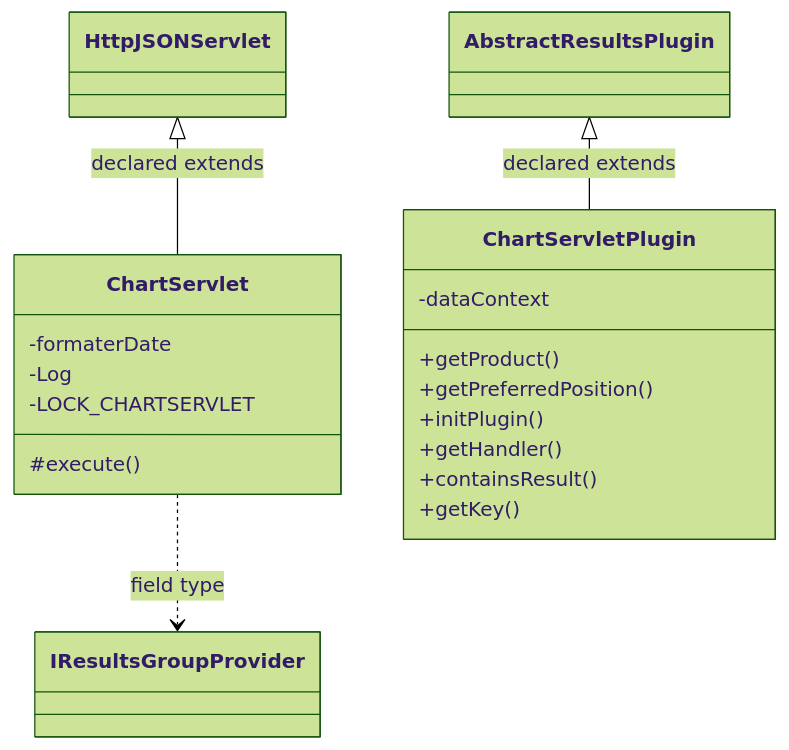
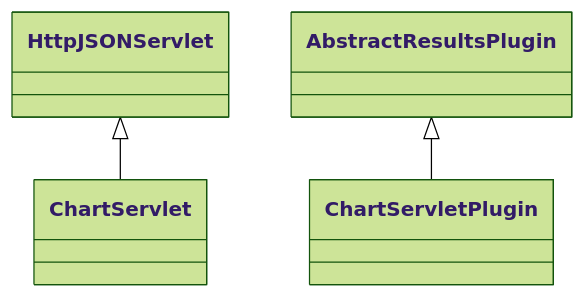
One commit to haruperi/HaruQuantAI changed the diagram in docs/sqx/Results/ResultsChart.md. Above: the diagram before and after it, drawn with Mermaid (forest theme). The commit also changed other lines of this file and 1688 other files, not shown here.

````diff
--- a/docs/sqx/Results/ResultsChart.md
+++ b/docs/sqx/Results/ResultsChart.md
@@ -30,24 +26,9 @@
 ```mermaid
 classDiagram
-    class C9bf0af3529b5["ChartServlet"] {
-        -formaterDate
-        -Log
-        -LOCK_CHARTSERVLET
-        #execute()
-    }
-    class C136364a48a91["ChartServletPlugin"] {
-        -dataContext
-        +getProduct()
-        +getPreferredPosition()
-        +initPlugin()
-        +getHandler()
-        +containsResult()
-        +getKey()
-    }
-    class C180e0c3f58c3["AbstractResultsPlugin"]
-    class C9ceba9ba4bac["IResultsGroupProvider"]
-    class C8900f90ae594["HttpJSONServlet"]
-    C8900f90ae594 <|-- C9bf0af3529b5 : declared extends
-    C9bf0af3529b5 ..> C9ceba9ba4bac : field type
-    C180e0c3f58c3 <|-- C136364a48a91 : declared extends
+    class C0["ChartServlet"]
+    class C1["ChartServletPlugin"]
+    class E0["HttpJSONServlet"]
+    E0 <|-- C0
+    class E1["AbstractResultsPlugin"]
+    E1 <|-- C1
 ```
````
